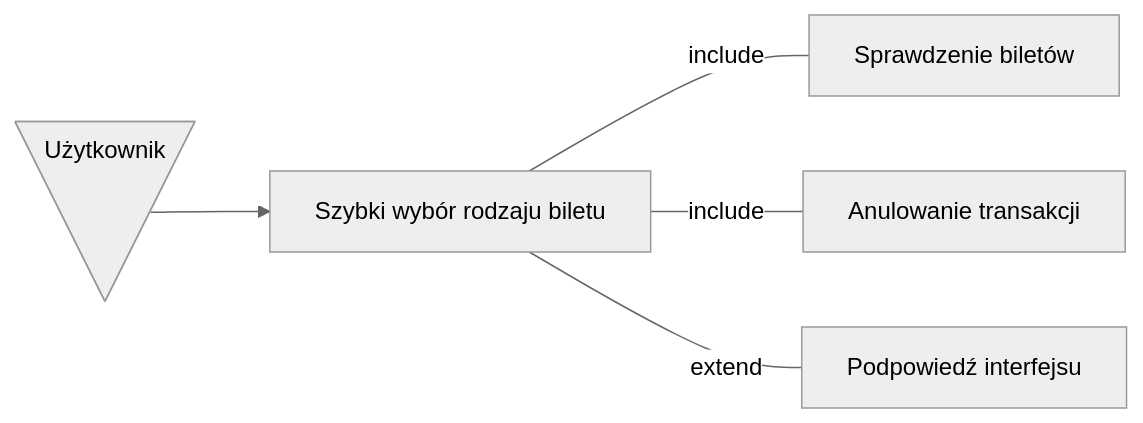
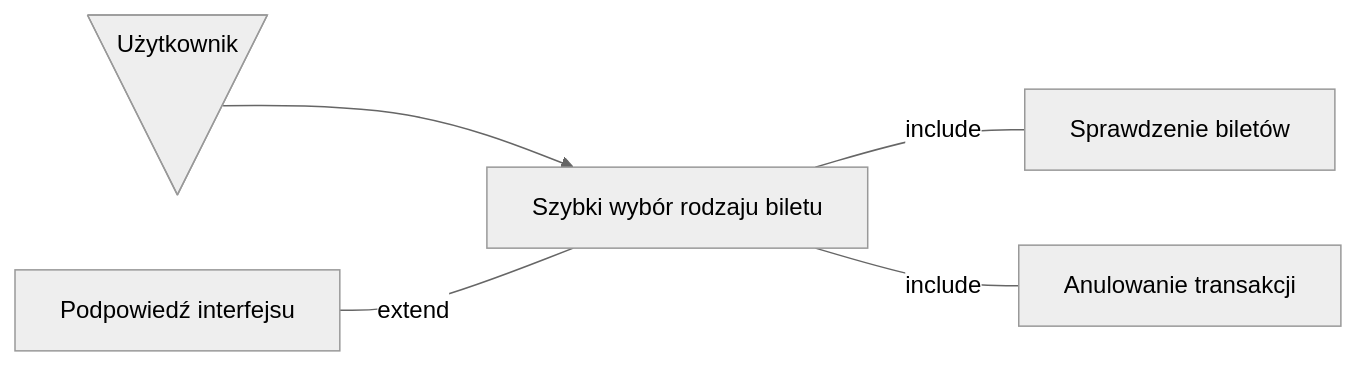
The diagram in userstories/user.md (MarcinMarszewski/dowolna_nazwa), drawn with Mermaid (neutral theme) before and after one commit.

````diff
--- a/userstories/user.md
+++ b/userstories/user.md
@@ -14,14 +14,14 @@
 ```mermaid
 flowchart LR
   A@{ shape: manual-file, label: "Użytkownik" }
   id1[Szybki wybór rodzaju biletu]
   id2[Sprawdzenie biletów]
   id3[Anulowanie transakcji]
   id4[Podpowiedź interfejsu]
 
   A --> id1
   id1-- include ---id2
   id1-- include ---id3
-  id1-- extend ---id4
+  id4-- extend ---id1
   
 ```
````
